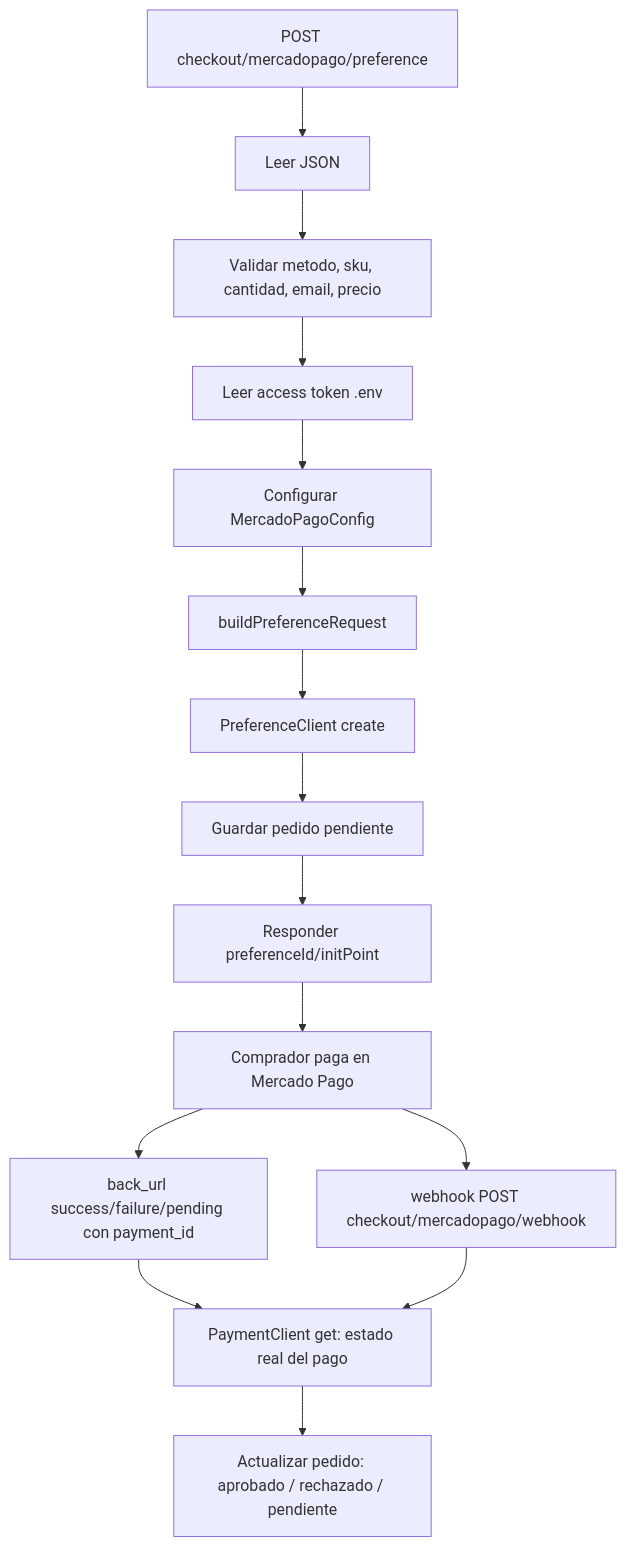
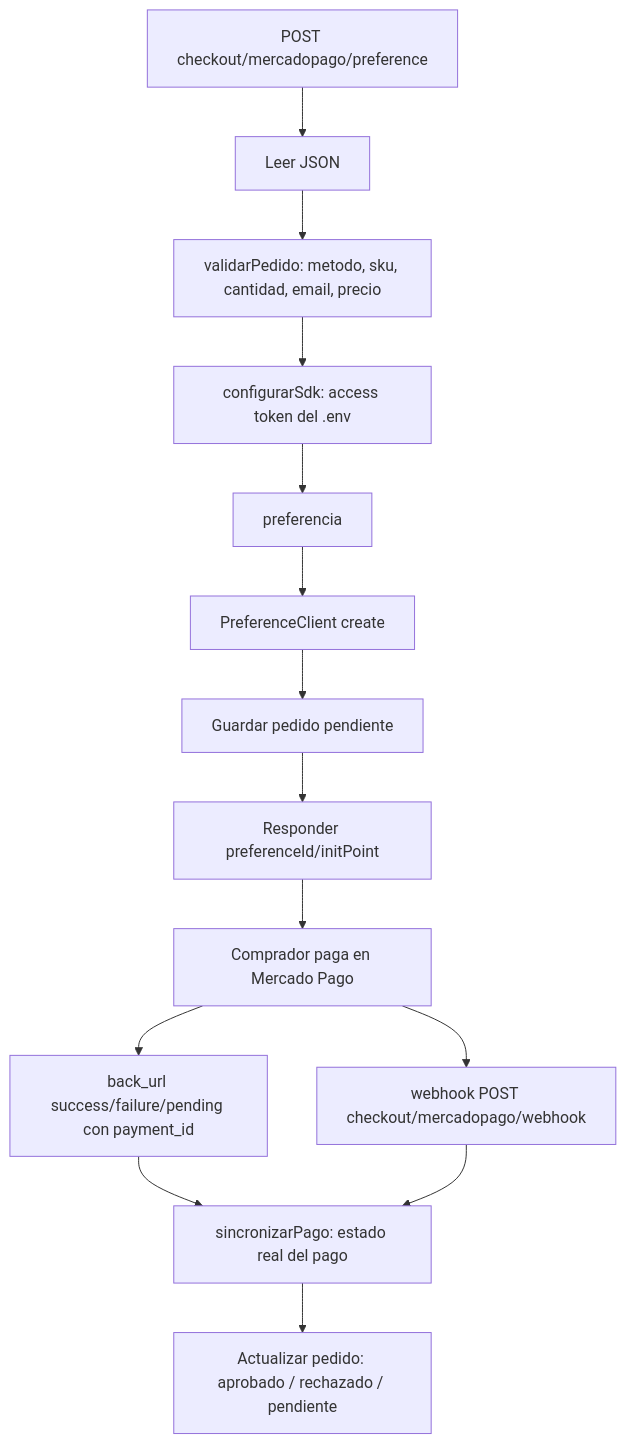
The ninth of 10 diagrams in BACKEND_DOCUMENTACION.md (TuVieja22/AquaControl), drawn with Mermaid before and after one commit. The commit also changed other lines of this file and 10 other files, not shown here.

````diff
--- a/BACKEND_DOCUMENTACION.md
+++ b/BACKEND_DOCUMENTACION.md
@@ -1010,17 +1030,16 @@
 ```mermaid
 flowchart TD
     A[POST checkout/mercadopago/preference] --> B[Leer JSON]
-    B --> C[Validar metodo, sku, cantidad, email, precio]
-    C --> D[Leer access token .env]
-    D --> E[Configurar MercadoPagoConfig]
-    E --> F[buildPreferenceRequest]
+    B --> C[validarPedido: metodo, sku, cantidad, email, precio]
+    C --> D[configurarSdk: access token del .env]
+    D --> F[preferencia]
     F --> G[PreferenceClient create]
     G --> P[Guardar pedido pendiente]
     P --> H[Responder preferenceId/initPoint]
     H --> I[Comprador paga en Mercado Pago]
     I --> J[back_url success/failure/pending con payment_id]
     I --> K[webhook POST checkout/mercadopago/webhook]
-    J --> L[PaymentClient get: estado real del pago]
+    J --> L[sincronizarPago: estado real del pago]
     K --> L
     L --> M[Actualizar pedido: aprobado / rechazado / pendiente]
 ```
````
